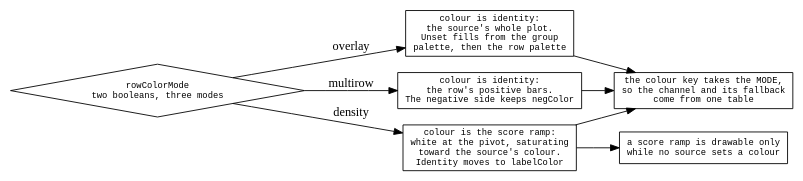
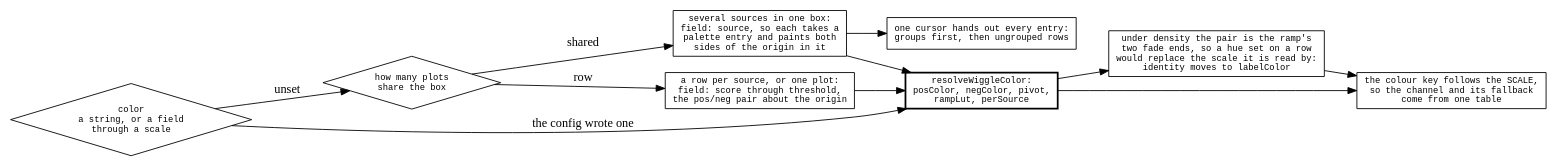
The diagram in agent-docs/mechanisms/diagrams/wiggle-colour.dot (GMOD/jbrowse-components), drawn with Graphviz before and after one commit. The commit also changed 17 other files, not shown here.

```diff
--- a/agent-docs/mechanisms/diagrams/wiggle-colour.dot
+++ b/agent-docs/mechanisms/diagrams/wiggle-colour.dot
@@ -1,20 +1,28 @@
 digraph wiggle_colour {
   rankdir=LR
   node [shape=box fontname=monospace fontsize=10]
-  { node [shape=diamond] mode }
+  { node [shape=diamond] declared; layout }
 
-  mode [label="rowColorMode\ntwo booleans, three modes"]
-  mode -> overlay  [label=" overlay"]
-  mode -> multirow [label=" multirow"]
-  mode -> density  [label=" density"]
+  declared [label="color\na string, or a field\nthrough a scale"]
+  declared -> resolved [label=" the config wrote one"]
+  declared -> layout   [label=" unset"]
 
-  overlay  [label="colour is identity:\nthe source's whole plot.\nUnset fills from the group\npalette, then the row palette"]
-  multirow [label="colour is identity:\nthe row's positive bars.\nThe negative side keeps negColor"]
-  density  [label="colour is the score ramp:\nwhite at the pivot, saturating\ntoward the source's colour.\nIdentity moves to labelColor"]
+  layout [label="how many plots\nshare the box"]
+  layout -> shared [label=" shared"]
+  layout -> row    [label=" row"]
 
-  legend [label="the colour key takes the MODE,\nso the channel and its fallback\ncome from one table"]
-  overlay -> legend  multirow -> legend  density -> legend
+  shared [label="several sources in one box:\nfield: source, so each takes a\npalette entry and paints both\nsides of the origin in it"]
+  row    [label="a row per source, or one plot:\nfield: score through threshold,\nthe pos/neg pair about the origin"]
 
-  ramp [label="a score ramp is drawable only\nwhile no source sets a colour"]
-  density -> ramp
+  resolved [label="resolveWiggleColor:\nposColor, negColor, pivot,\nrampLut, perSource", style=bold]
+  shared -> resolved  row -> resolved
+
+  density [label="under density the pair is the ramp's\ntwo fade ends, so a hue set on a row\nwould replace the scale it is read by:\nidentity moves to labelColor"]
+  resolved -> density
+
+  legend [label="the colour key follows the SCALE,\nso the channel and its fallback\ncome from one table"]
+  resolved -> legend  density -> legend
+
+  palette [label="one cursor hands out every entry:\ngroups first, then ungrouped rows"]
+  shared -> palette
 }
```
